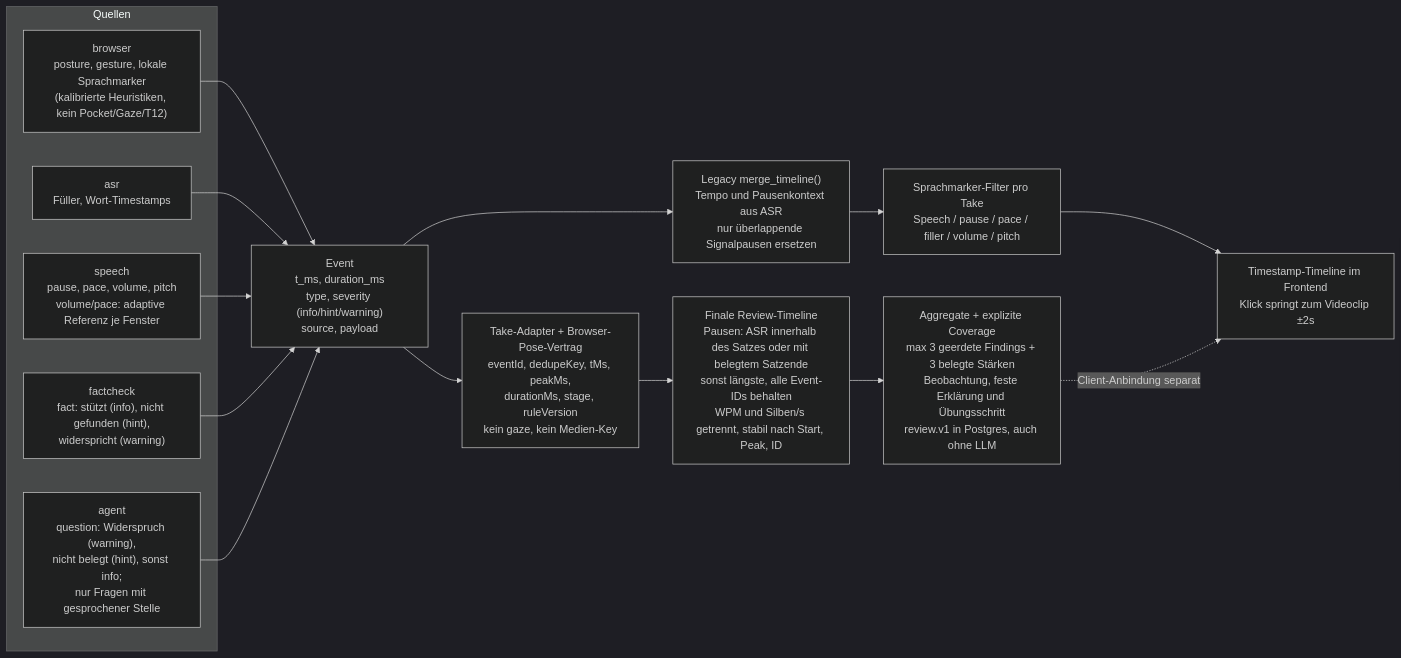
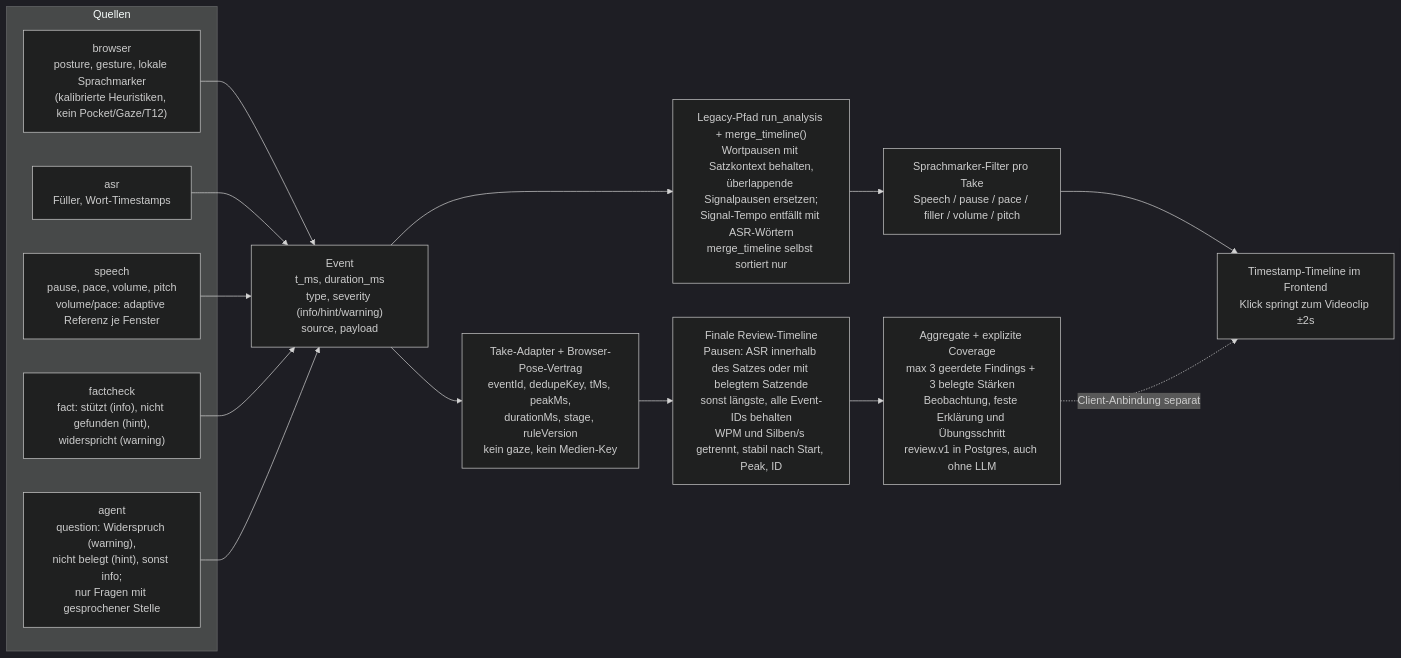
One commit to johannes3502/hackathon-fulda changed diagram 11 of 12 in docs/03-architecture.md. Above: the diagram before and after it, drawn with Mermaid (dark theme). The commit also changed other lines of this file and 19 other files, not shown here.

````diff
--- a/docs/03-architecture.md
+++ b/docs/03-architecture.md
@@ -727,26 +745,26 @@
 ```mermaid
 flowchart LR
     subgraph Quellen
         B["browser<br/>posture, gesture, lokale Sprachmarker<br/>(kalibrierte Heuristiken, kein Pocket/Gaze/T12)"]
         A["asr<br/>Füller, Wort-Timestamps"]
         S["speech<br/>pause, pace, volume, pitch<br/>volume/pace: adaptive Referenz je Fenster"]
         F["factcheck<br/>fact: stützt (info), nicht gefunden (hint),<br/>widerspricht (warning)"]
         G["agent<br/>question: Widerspruch (warning),<br/>nicht belegt (hint), sonst info;<br/>nur Fragen mit gesprochener Stelle"]
     end
 
     EV["Event<br/>t_ms, duration_ms<br/>type, severity (info/hint/warning)<br/>source, payload"]
 
     B --> EV
     A --> EV
     S --> EV
     F --> EV
     G --> EV
 
-    EV --> MT["Legacy merge_timeline()<br/>Tempo und Pausenkontext aus ASR<br/>nur überlappende Signalpausen ersetzen"]
+    EV --> MT["Legacy-Pfad run_analysis + merge_timeline()<br/>Wortpausen mit Satzkontext behalten,<br/>überlappende Signalpausen ersetzen;<br/>Signal-Tempo entfällt mit ASR-Wörtern<br/>merge_timeline selbst sortiert nur"]
     EV --> PERSIST["Take-Adapter + Browser-Pose-Vertrag<br/>eventId, dedupeKey, tMs, peakMs,<br/>durationMs, stage, ruleVersion<br/>kein gaze, kein Medien-Key"]
     PERSIST --> REVIEWMERGE["Finale Review-Timeline<br/>Pausen: ASR innerhalb des Satzes oder mit belegtem Satzende<br/>sonst längste, alle Event-IDs behalten<br/>WPM und Silben/s getrennt, stabil nach Start, Peak, ID"]
     REVIEWMERGE --> REPORT["Aggregate + explizite Coverage<br/>max 3 geerdete Findings + 3 belegte Stärken<br/>Beobachtung, feste Erklärung und Übungsschritt<br/>review.v1 in Postgres, auch ohne LLM"]
     MT --> FILTER["Sprachmarker-Filter pro Take<br/>Speech / pause / pace / filler / volume / pitch"]
     FILTER --> UI["Timestamp-Timeline im Frontend<br/>Klick springt zum Videoclip ±2s"]
     REPORT -. "Client-Anbindung separat" .-> UI
 ```
````
